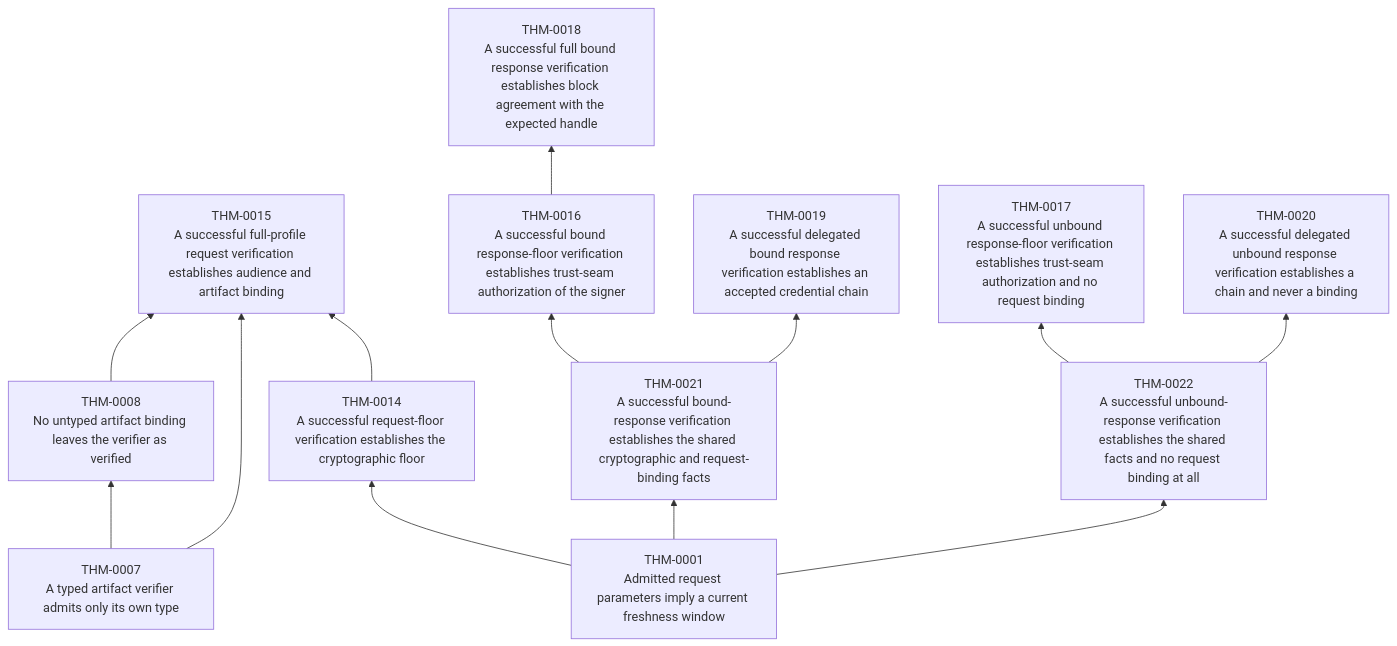
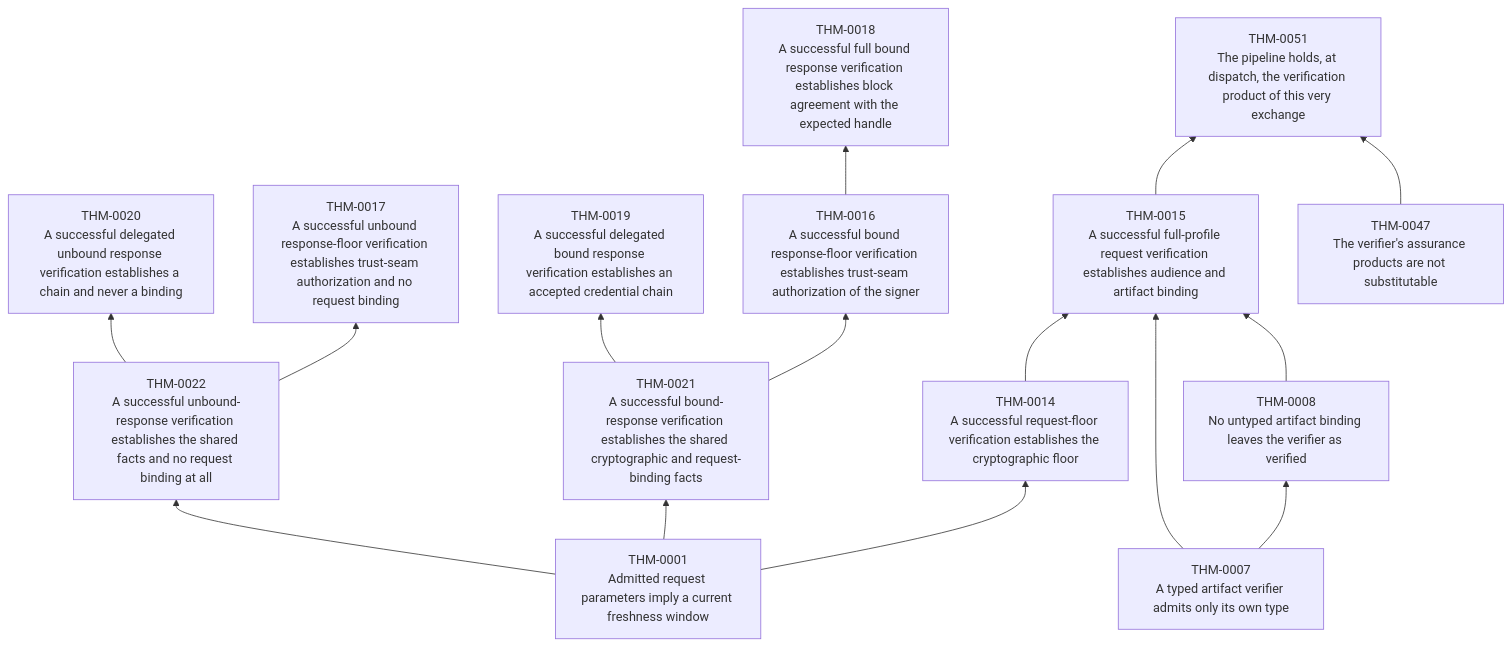
The first of 21 diagrams in verification/generated/theorem-dependencies.md (matssun/mcp-re), drawn with Mermaid before and after one commit. The commit also changed other lines of this file and 5 other files, not shown here.

````diff
--- a/verification/generated/theorem-dependencies.md
+++ b/verification/generated/theorem-dependencies.md
@@ -20,27 +20,31 @@
 ```mermaid
 graph BT
     THM_0001["THM-0001<br/>Admitted request parameters imply a current freshness window"]
     THM_0007["THM-0007<br/>A typed artifact verifier admits only its own type"]
     THM_0008["THM-0008<br/>No untyped artifact binding leaves the verifier as verified"]
     THM_0014["THM-0014<br/>A successful request-floor verification establishes the cryptographic floor"]
     THM_0015["THM-0015<br/>A successful full-profile request verification establishes audience and artifact binding"]
     THM_0016["THM-0016<br/>A successful bound response-floor verification establishes trust-seam authorization of the signer"]
     THM_0017["THM-0017<br/>A successful unbound response-floor verification establishes trust-seam authorization and no request binding"]
     THM_0018["THM-0018<br/>A successful full bound response verification establishes block agreement with the expected handle"]
     THM_0019["THM-0019<br/>A successful delegated bound response verification establishes an accepted credential chain"]
     THM_0020["THM-0020<br/>A successful delegated unbound response verification establishes a chain and never a binding"]
     THM_0021["THM-0021<br/>A successful bound-response verification establishes the shared cryptographic and request-binding facts"]
     THM_0022["THM-0022<br/>A successful unbound-response verification establishes the shared facts and no request binding at all"]
+    THM_0047["THM-0047<br/>The verifier's assurance products are not substitutable"]
+    THM_0051["THM-0051<br/>The pipeline holds, at dispatch, the verification product of this very exchange"]
     THM_0007 --> THM_0008
     THM_0001 --> THM_0014
     THM_0007 --> THM_0015
     THM_0008 --> THM_0015
     THM_0014 --> THM_0015
     THM_0021 --> THM_0016
     THM_0022 --> THM_0017
     THM_0016 --> THM_0018
     THM_0021 --> THM_0019
     THM_0022 --> THM_0020
     THM_0001 --> THM_0021
     THM_0001 --> THM_0022
+    THM_0015 --> THM_0051
+    THM_0047 --> THM_0051
 ```
````
